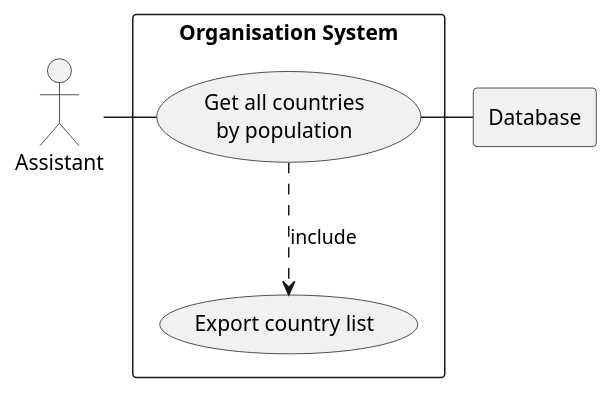
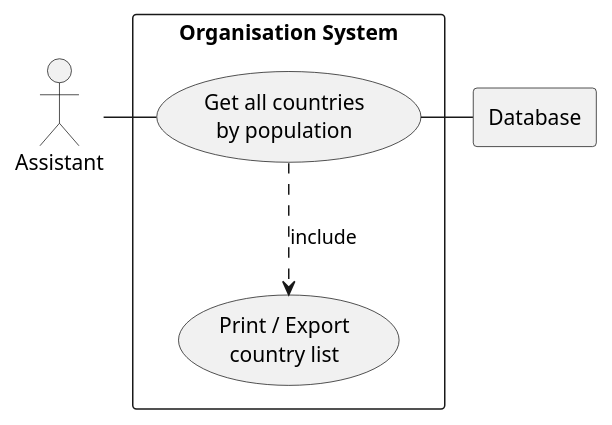
The diagram in use-cases/UC1-Counties_by_pop.puml (oparatte/SET08803-Group1), drawn with PlantUML before and after one commit.

Commit message:
Added UML diagram for use case 1

```diff
--- a/use-cases/UC1-Counties_by_pop.puml
+++ b/use-cases/UC1-Counties_by_pop.puml
@@ -1,18 +1,19 @@
 @startuml
 
 actor A1 as "Assistant"
 
 rectangle Database
 
 rectangle "Organisation System" {
     usecase UC1 as "Get all countries
         by population"
 
-    usecase UCa as "Export country list"
+    usecase UCa as "Print / Export
+        country list"
 
     A1 - UC1
     UC1 ..> UCa : include
     UC1 - Database
 }
 
 @enduml
```
